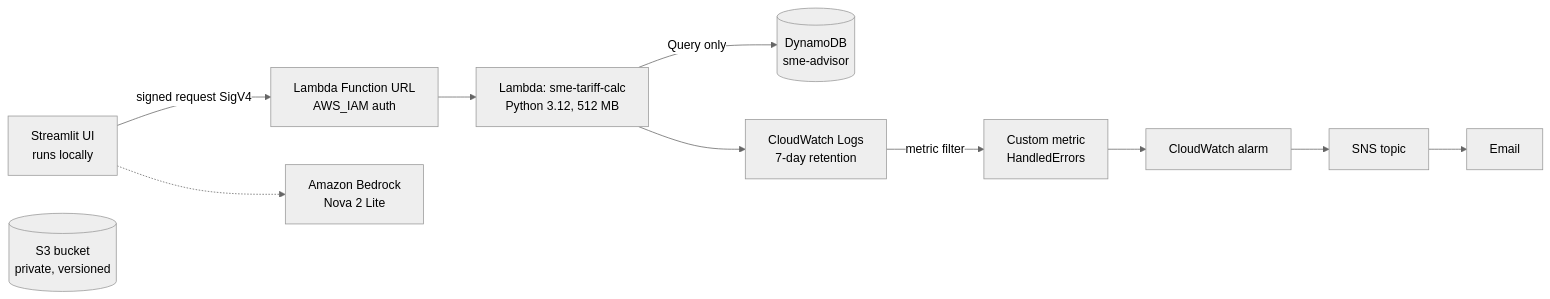
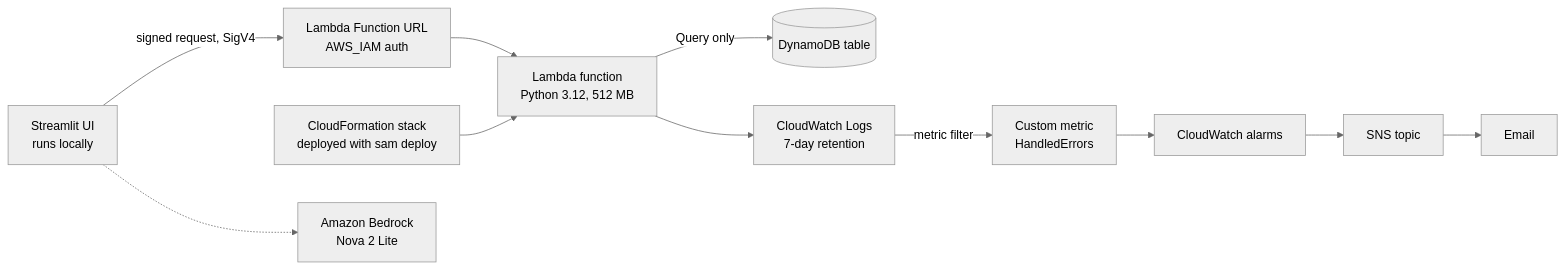
Before and after one commit to venuri515/sme-energy-advisor: the diagram in README.md, drawn with Mermaid (neutral theme). The commit also changed other lines of this file and 2 other files, not shown here.

Commit message:
Deploy manually: Free-plan accounts cannot create the OIDC provider

````diff
--- a/README.md
+++ b/README.md
@@ -17,12 +17,12 @@
 ```mermaid
 flowchart LR
-    U[Streamlit UI<br/>runs locally] -->|signed request SigV4| F[Lambda Function URL<br/>AWS_IAM auth]
-    F --> L[Lambda: sme-tariff-calc<br/>Python 3.12, 512 MB]
-    L -->|Query only| D[(DynamoDB<br/>sme-advisor)]
-    L --> G[CloudWatch Logs<br/>7-day retention]
-    G -->|metric filter| M[Custom metric<br/>HandledErrors]
-    M --> A[CloudWatch alarm]
-    A --> S[SNS topic] --> E[Email]
-    U -.-> B[Amazon Bedrock<br/>Nova 2 Lite]
-    S3[(S3 bucket<br/>private, versioned)]
+    U["Streamlit UI<br/>runs locally"] -->|"signed request, SigV4"| F["Lambda Function URL<br/>AWS_IAM auth"]
+    F --> L["Lambda function<br/>Python 3.12, 512 MB"]
+    CF["CloudFormation stack<br/>deployed with sam deploy"] --> L
+    L -->|"Query only"| D[("DynamoDB table")]
+    L --> G["CloudWatch Logs<br/>7-day retention"]
+    G -->|"metric filter"| M["Custom metric<br/>HandledErrors"]
+    M --> A["CloudWatch alarms"]
+    A --> S["SNS topic"] --> E["Email"]
+    U -.-> B["Amazon Bedrock<br/>Nova 2 Lite"]
 ```
````
